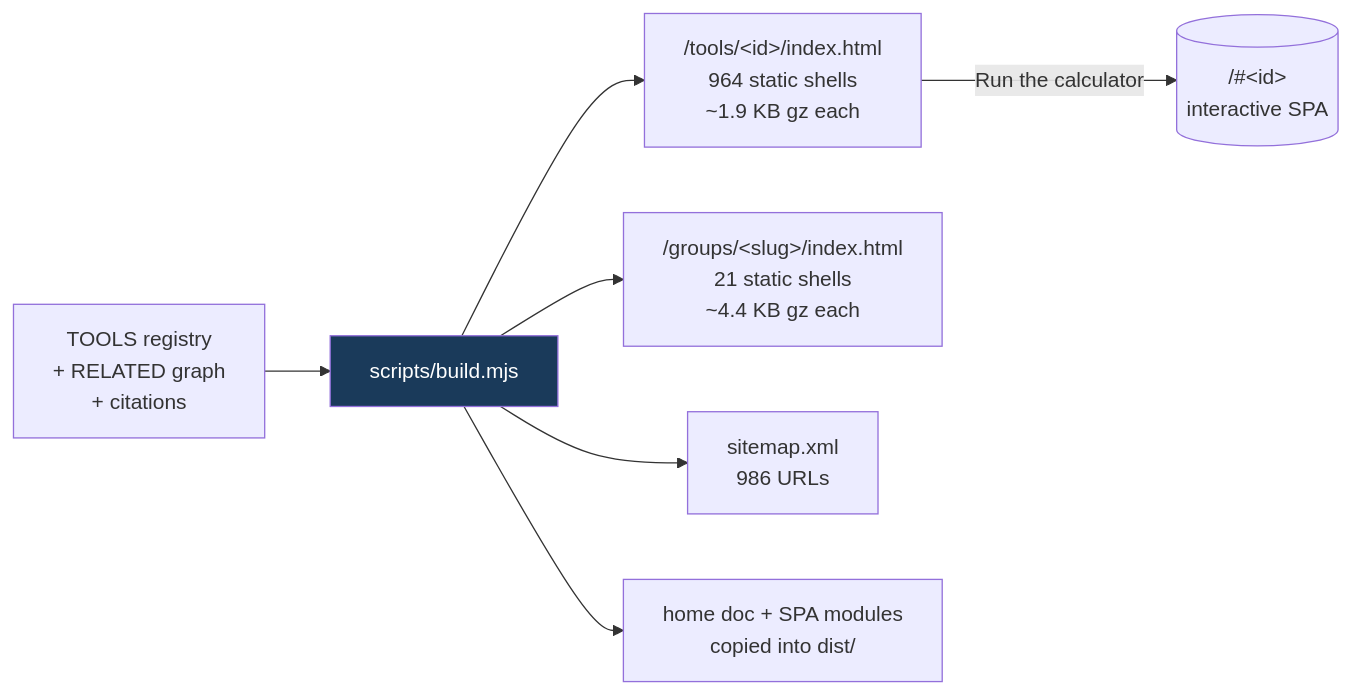
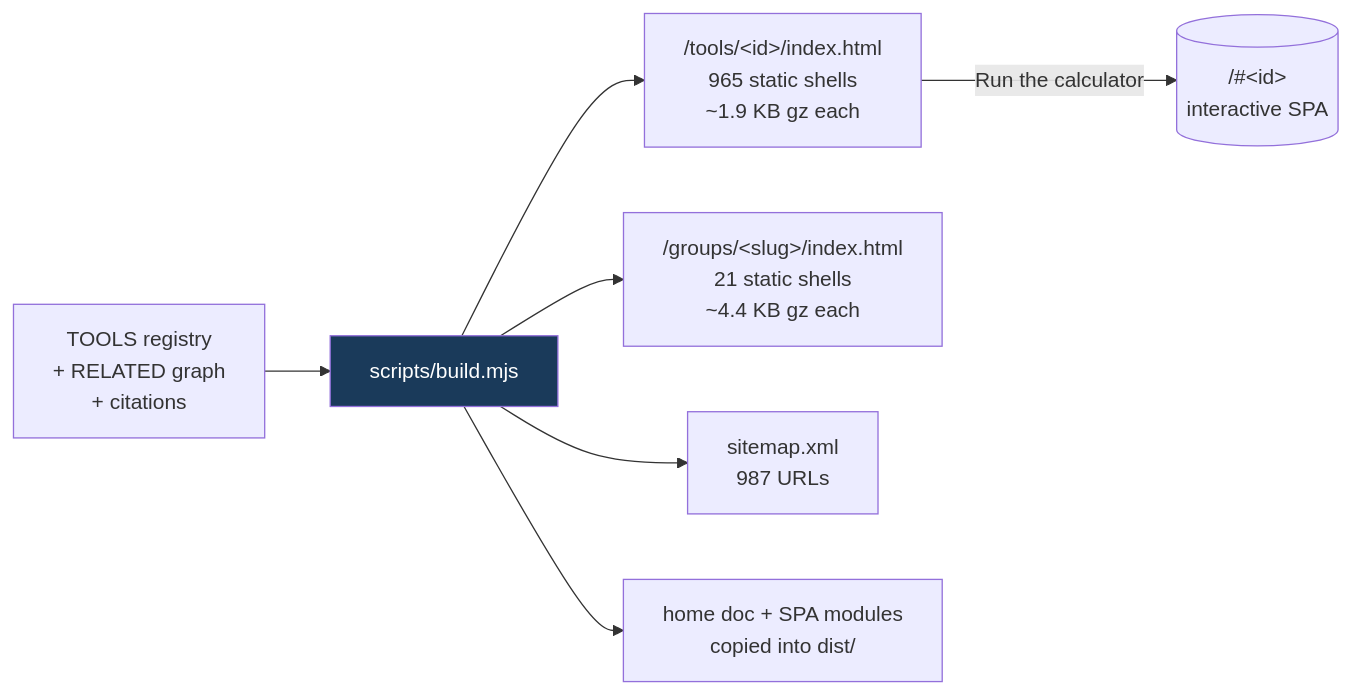
One commit to clay-good/roughlogic.com changed the fifth of 8 diagrams in README.md. Above: the diagram before and after it, drawn with Mermaid. The commit also changed other lines of this file and 12 other files, not shown here.

````diff
--- a/README.md
+++ b/README.md
@@ -495,10 +495,10 @@
 ```mermaid
 flowchart LR
     SRC[TOOLS registry\n+ RELATED graph\n+ citations] --> BUILD[scripts/build.mjs]
-    BUILD --> TILE["/tools/&lt;id&gt;/index.html\n964 static shells\n~1.9 KB gz each"]
+    BUILD --> TILE["/tools/&lt;id&gt;/index.html\n965 static shells\n~1.9 KB gz each"]
     BUILD --> GROUP["/groups/&lt;slug&gt;/index.html\n21 static shells\n~4.4 KB gz each"]
-    BUILD --> MAP["sitemap.xml\n986 URLs"]
+    BUILD --> MAP["sitemap.xml\n987 URLs"]
     BUILD --> COPY[home doc + SPA modules\ncopied into dist/]
     TILE -->|Run the calculator| SPA[("/#&lt;id&gt;\ninteractive SPA")]
     style BUILD fill:#1a3a5a,color:#fff
 ```
````
